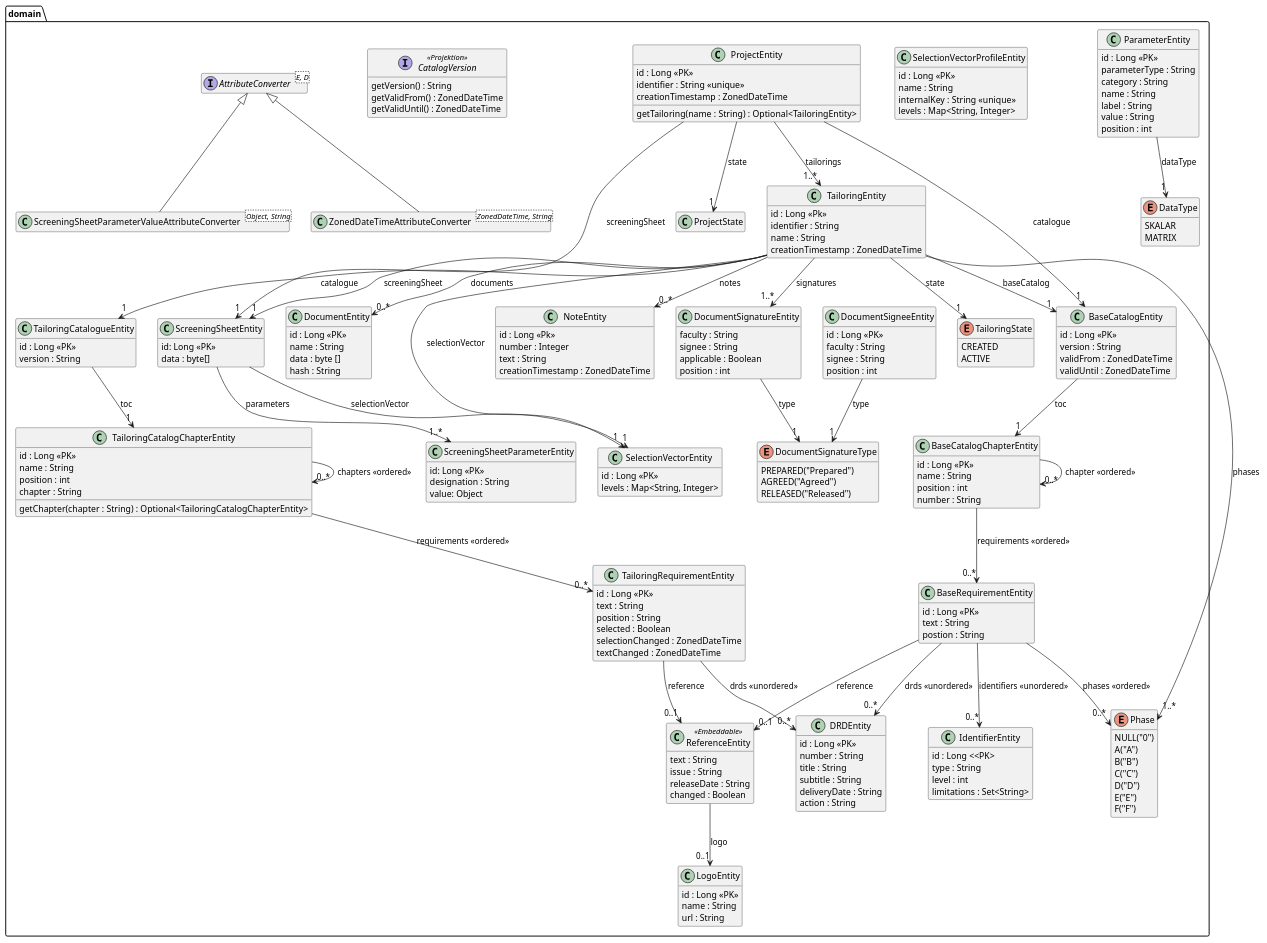
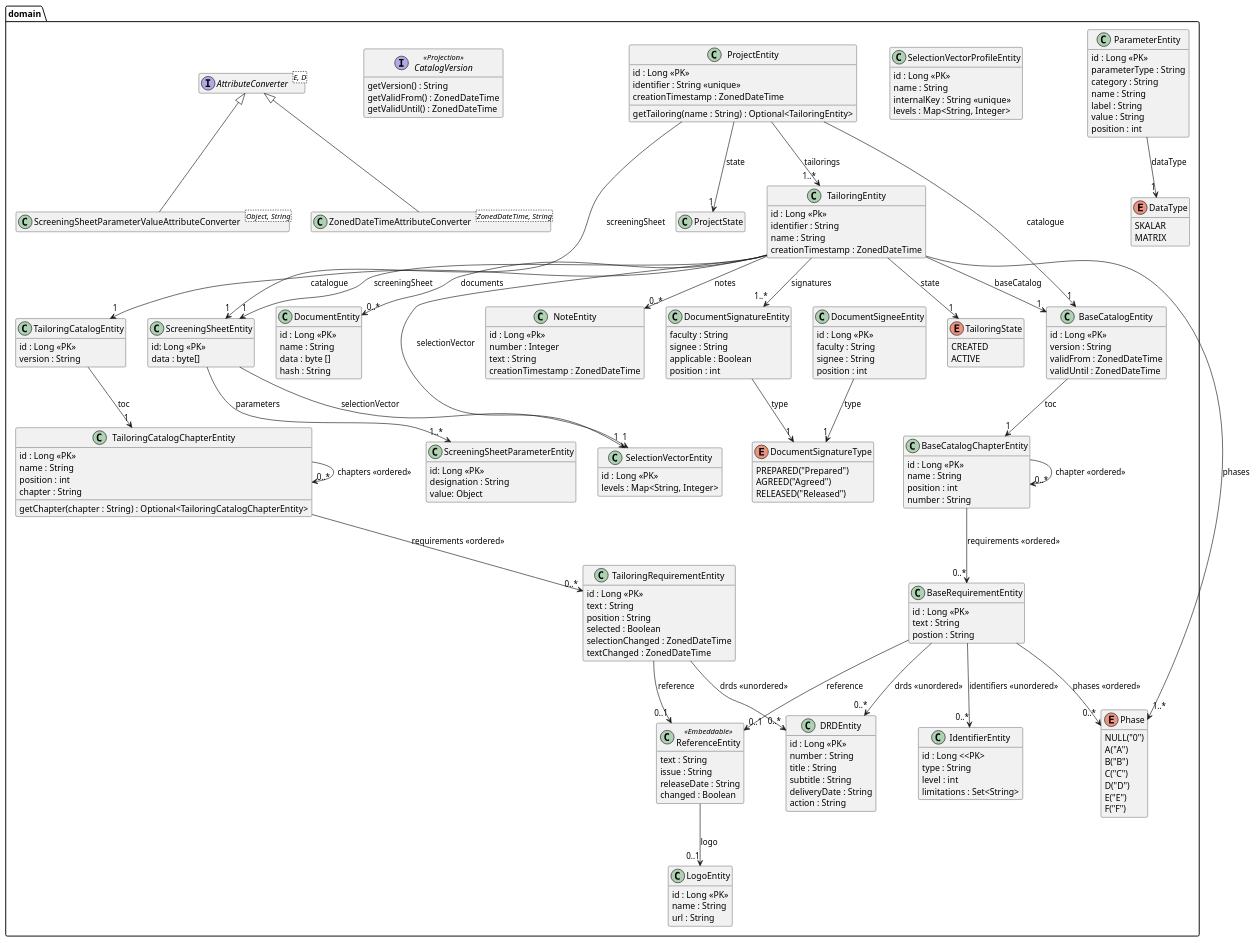
One commit to tailoringexpert/platform changed the diagram in src/site/arc42/plantuml/data-jpa/domain/Ebene3.plantuml. Above: the diagram before and after it, drawn with PlantUML. The commit also changed 24 other files, not shown here.

```diff
--- a/src/site/arc42/plantuml/data-jpa/domain/Ebene3.plantuml
+++ b/src/site/arc42/plantuml/data-jpa/domain/Ebene3.plantuml
@@ -189,17 +189,17 @@
     TailoringEntity --> "1" BaseCatalogEntity : baseCatalog
     TailoringEntity --> "1" ScreeningSheetEntity : screeningSheet
     TailoringEntity --> "1..*" Phase : phases
-    TailoringEntity --> "1" TailoringCatalogueEntity : catalogue
+    TailoringEntity --> "1" TailoringCatalogEntity : catalogue
     TailoringEntity --> "1" TailoringState : state
     TailoringEntity --> "1..*" DocumentSignatureEntity : signatures
     TailoringEntity --> "0..*" DocumentEntity : documents
     TailoringEntity --> "0..*" NoteEntity : notes
 
-    class TailoringCatalogueEntity {
+    class TailoringCatalogEntity {
         id : Long <<PK>>
         version : String
     }
-    TailoringCatalogueEntity --> "1" TailoringCatalogChapterEntity : toc
+    TailoringCatalogEntity --> "1" TailoringCatalogChapterEntity : toc
 
     class ProjectEntity {
         id : Long <<PK>>
@@ -212,7 +212,7 @@
     ProjectEntity --> "1..*" TailoringEntity : tailorings
     ProjectEntity --> "1" ProjectState : state
 
-    interface CatalogVersion<<Projektion>> {
+    interface CatalogVersion<<Projection>> {
         getVersion() : String
         getValidFrom() : ZonedDateTime
         getValidUntil() : ZonedDateTime
```
